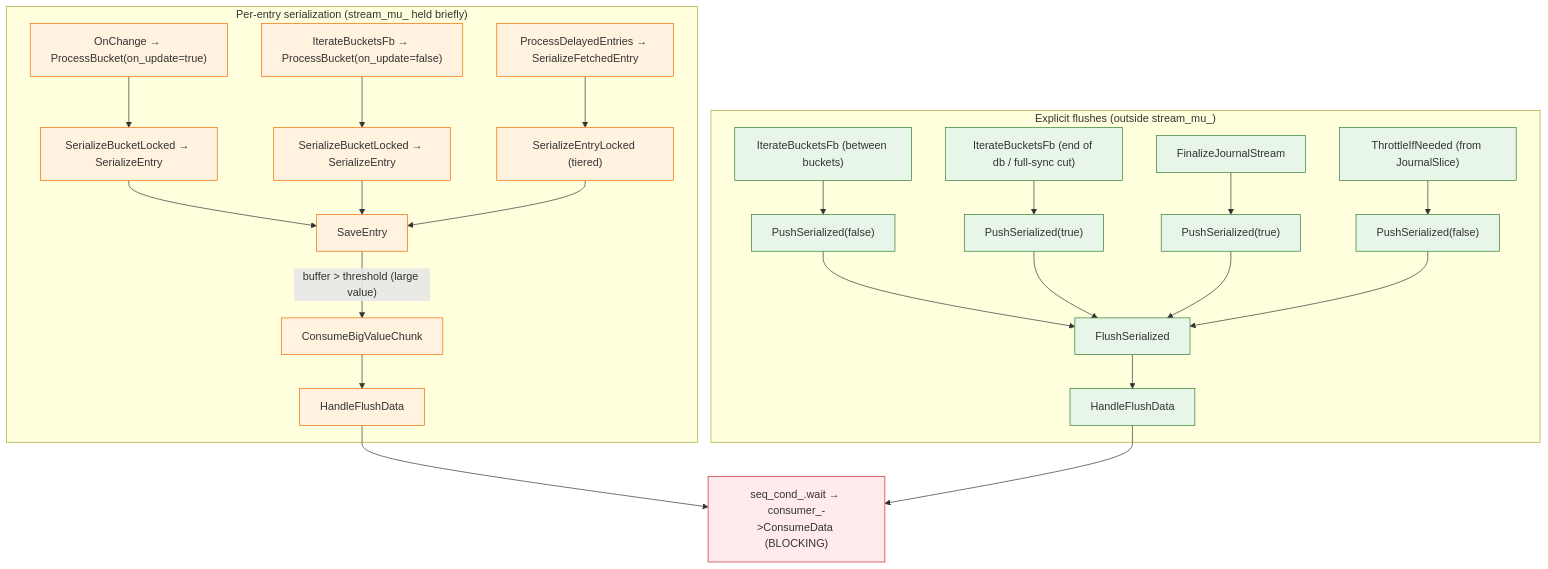
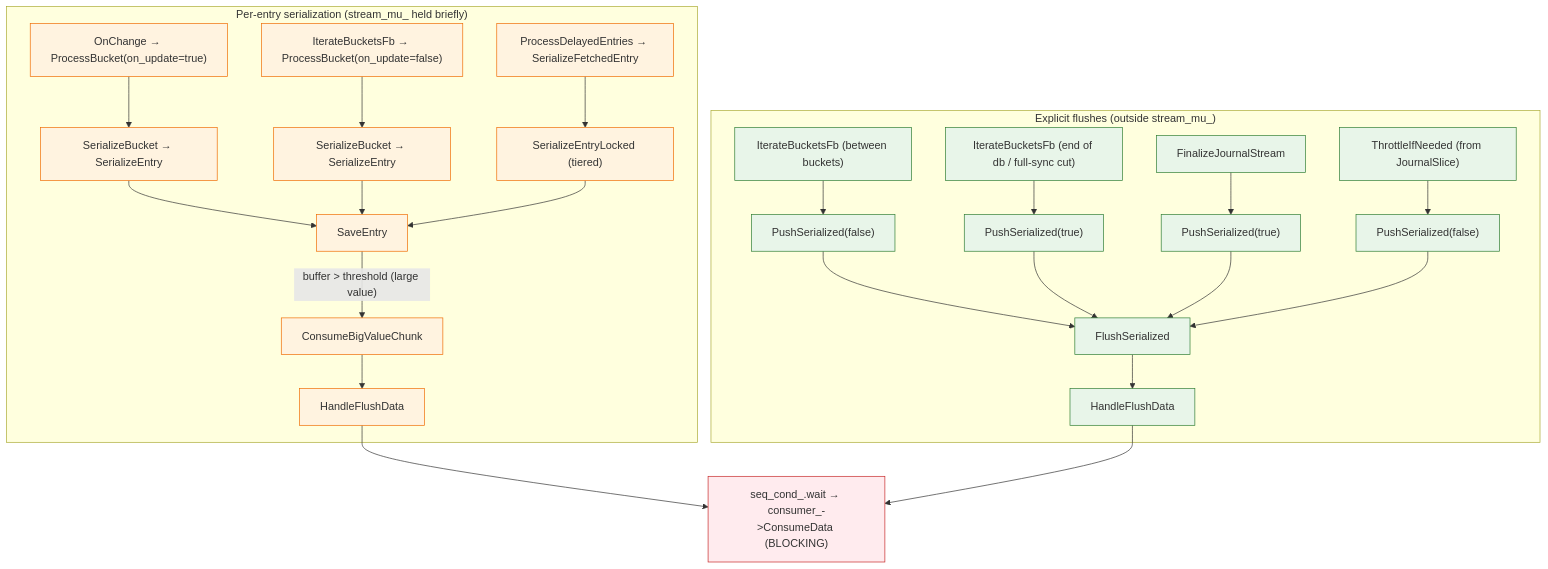
The second of 2 diagrams in docs/shard-serialization.md (dragonflydb/dragonfly), drawn with Mermaid before and after one commit. The commit also changed other lines of this file and 5 other files, not shown here.

First line of the commit message:
refactor(server): rename SerializeBucketLocked to SerializeBucket

````diff
--- a/docs/shard-serialization.md
+++ b/docs/shard-serialization.md
@@ -517,35 +518,35 @@
 ```mermaid
 flowchart TD
   subgraph PERENTRY["Per-entry serialization (stream_mu_ held briefly)"]
-    A1["OnChange → ProcessBucket(on_update=true)"] --> SBL1["SerializeBucketLocked → SerializeEntry"]
-    A2["IterateBucketsFb → ProcessBucket(on_update=false)"] --> SBL2["SerializeBucketLocked → SerializeEntry"]
+    A1["OnChange → ProcessBucket(on_update=true)"] --> SBL1["SerializeBucket → SerializeEntry"]
+    A2["IterateBucketsFb → ProcessBucket(on_update=false)"] --> SBL2["SerializeBucket → SerializeEntry"]
     A3["ProcessDelayedEntries → SerializeFetchedEntry"] --> SBL3["SerializeEntryLocked (tiered)"]
     SBL1 --> SE["SaveEntry"]
     SBL2 --> SE
     SBL3 --> SE
     SE -->|"buffer > threshold (large value)"| CBC["ConsumeBigValueChunk"]
     CBC --> HFD1[HandleFlushData]
   end
 
   subgraph EXPLICIT["Explicit flushes (outside stream_mu_)"]
     B1["IterateBucketsFb (between buckets)"] --> PS1["PushSerialized(false)"]
     B2["IterateBucketsFb (end of db / full-sync cut)"] --> PS2["PushSerialized(true)"]
     B3["FinalizeJournalStream"] --> PS3["PushSerialized(true)"]
     B4["ThrottleIfNeeded (from JournalSlice)"] --> PS4["PushSerialized(false)"]
     PS1 --> FS[FlushSerialized]
     PS2 --> FS
     PS3 --> FS
     PS4 --> FS
     FS --> HFD2[HandleFlushData]
   end
 
   HFD1 --> BLOCK["seq_cond_.wait → consumer_->ConsumeData (BLOCKING)"]
   HFD2 --> BLOCK
 
   classDef perentry fill:#FFF3E0,stroke:#EF6C00;
   classDef explicit fill:#E8F5E9,stroke:#2E7D32;
   classDef block fill:#FFEBEE,stroke:#C62828;
   class A1,A2,A3,SBL1,SBL2,SBL3,SE,CBC,HFD1 perentry;
   class B1,B2,B3,B4,PS1,PS2,PS3,PS4,FS,HFD2 explicit;
   class BLOCK block;
 ```
````
